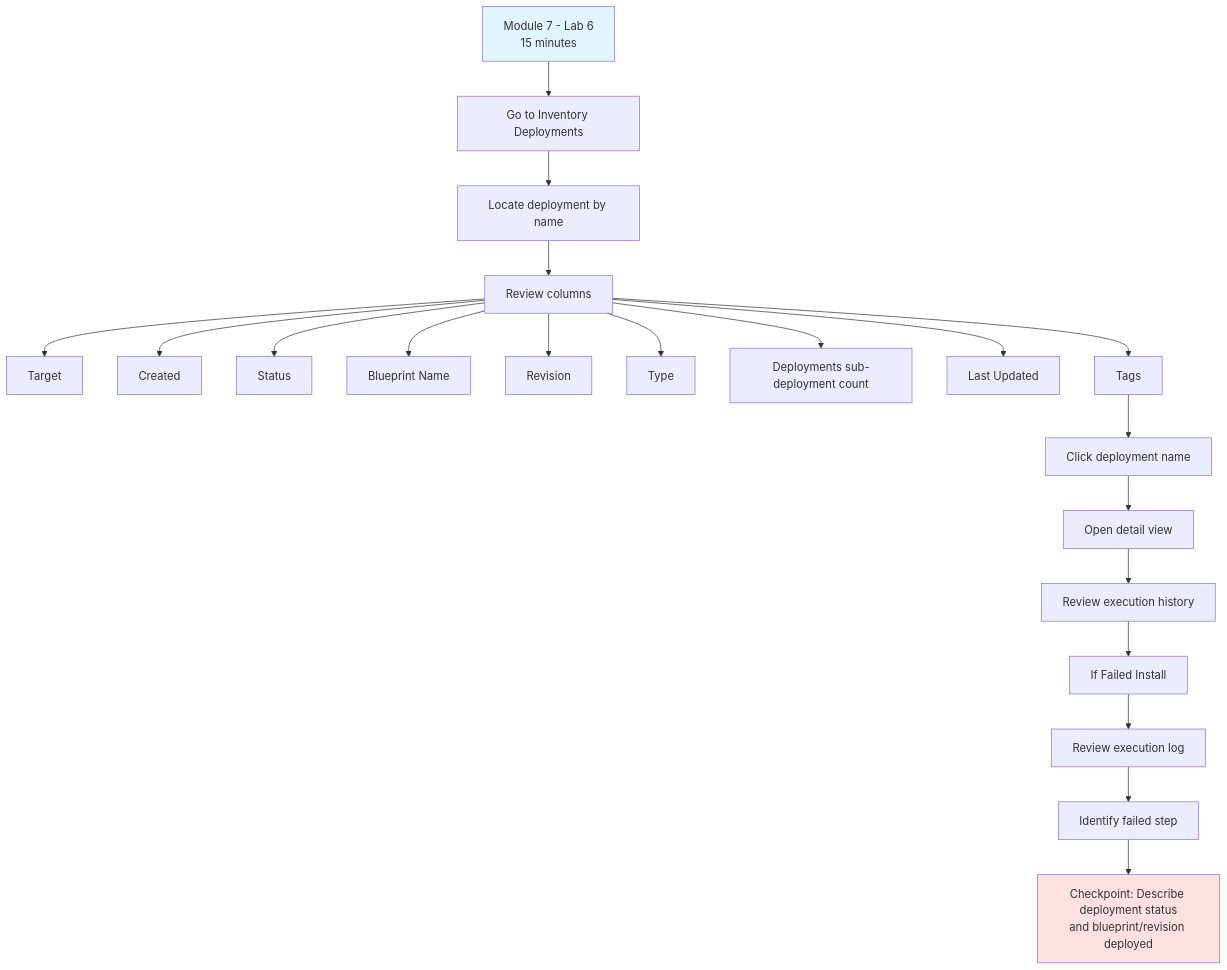
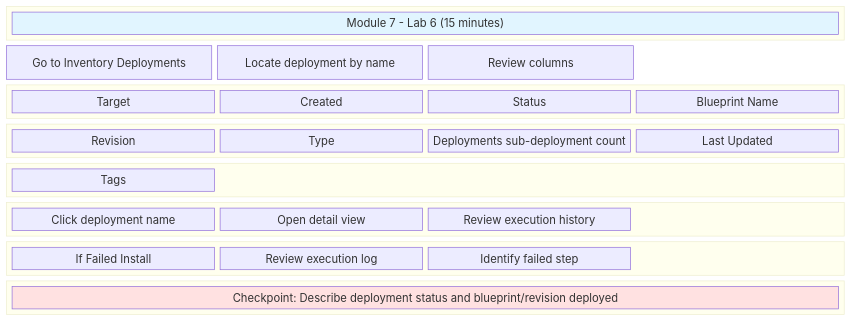
The diagram in docs/Instructor_Screen_Flow/slide_07_module7_lab6.mmd (tme-tech-ops/take-it-for-a-spin-partner-training), drawn with Mermaid before and after one commit. The commit also changed 6 other files, not shown here.

First line of the commit message:
Convert diagrams from flowchart to block/grid layout

```diff
--- a/docs/Instructor_Screen_Flow/slide_07_module7_lab6.mmd
+++ b/docs/Instructor_Screen_Flow/slide_07_module7_lab6.mmd
@@ -1,23 +1,51 @@
-flowchart TD
-    A[Module 7 - Lab 6<br/>15 minutes] --> B[Go to Inventory Deployments]
-    B --> C[Locate deployment by name]
-    C --> D[Review columns]
-    D --> E[Target]
-    D --> F[Created]
-    D --> G[Status]
-    D --> H[Blueprint Name]
-    D --> I[Revision]
-    D --> J[Type]
-    D --> K[Deployments sub-deployment count]
-    D --> L[Last Updated]
-    D --> M[Tags]
-    M --> N[Click deployment name]
-    N --> O[Open detail view]
-    O --> P[Review execution history]
-    P --> Q[If Failed Install]
-    Q --> R[Review execution log]
-    R --> S[Identify failed step]
-    S --> T[Checkpoint: Describe deployment status<br/>and blueprint/revision deployed]
+block-beta
+    columns 4
+    
+    block:header:4
+        A["Module 7 - Lab 6 (15 minutes)"]
+    end
+    
+    B["Go to Inventory Deployments"]
+    C["Locate deployment by name"]
+    D["Review columns"]
+    space
+    
+    block:columns:4
+        E["Target"]
+        F["Created"]
+        G["Status"]
+        H["Blueprint Name"]
+    end
+    
+    block:columns2:4
+        I["Revision"]
+        J["Type"]
+        K["Deployments sub-deployment count"]
+        L["Last Updated"]
+    end
+    
+    block:columns3:4
+        M["Tags"]
+        space:3
+    end
+    
+    block:detail:4
+        N["Click deployment name"]
+        O["Open detail view"]
+        P["Review execution history"]
+        space
+    end
+    
+    block:failed:4
+        Q["If Failed Install"]
+        R["Review execution log"]
+        S["Identify failed step"]
+        space
+    end
+    
+    block:checkpoint:4
+        T["Checkpoint: Describe deployment status and blueprint/revision deployed"]
+    end
 
     style A fill:#e1f5ff
     style T fill:#ffe1e1
```
